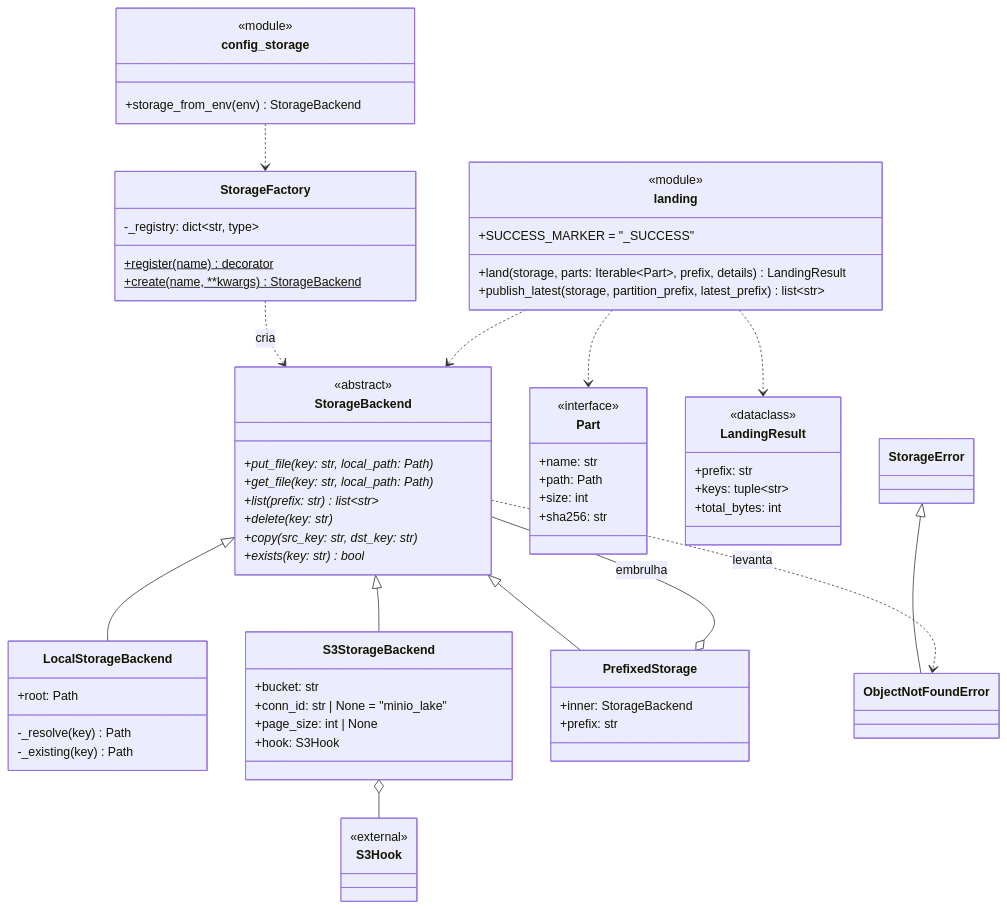
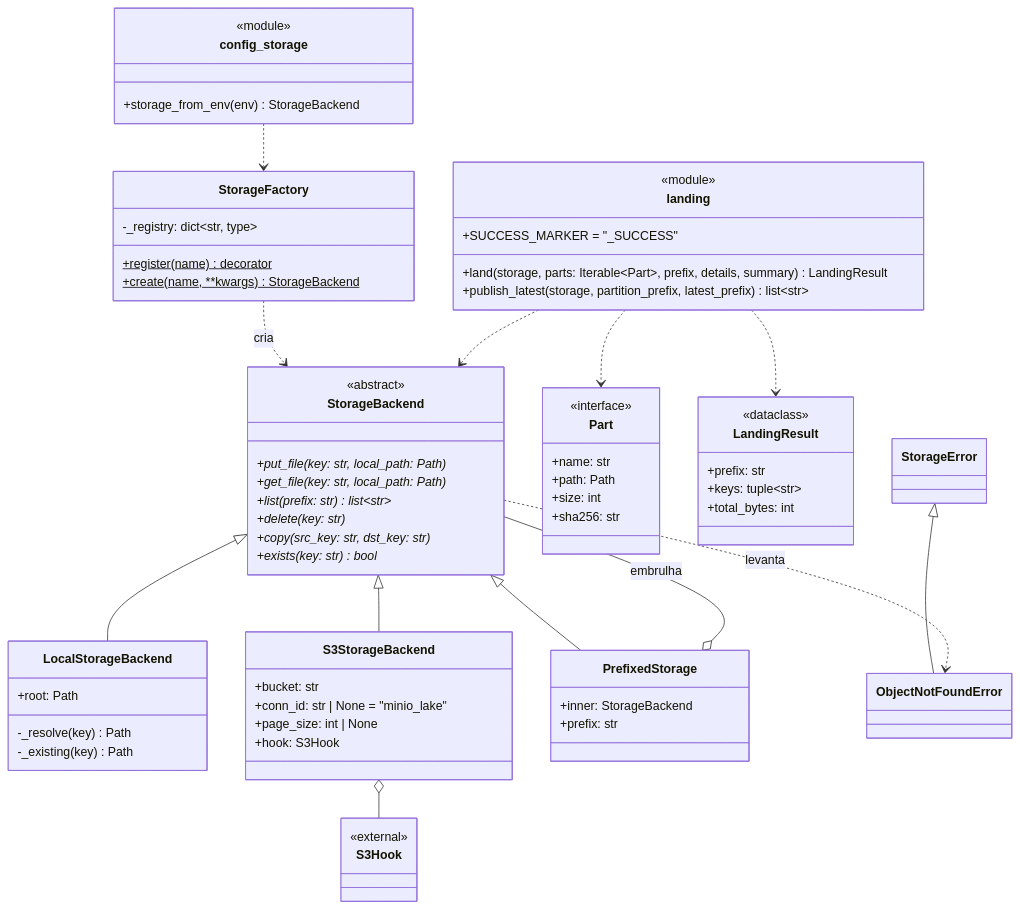
The third of 9 diagrams in docs/ingestao/diagrama-classes.md (GovHub-br/data-application-cidades), drawn with Mermaid before and after one commit. The commit also changed other lines of this file and 5 other files, not shown here.

First line of the commit message:
docs(ingestao): Fase 6b no diagrama, diagnóstico, comparação e aprendizados

````diff
--- a/docs/ingestao/diagrama-classes.md
+++ b/docs/ingestao/diagrama-classes.md
@@ -75,73 +75,73 @@
 ```mermaid
 classDiagram
     class StorageBackend {
         <<abstract>>
         +put_file(key: str, local_path: Path)*
         +get_file(key: str, local_path: Path)*
         +list(prefix: str) list~str~*
         +delete(key: str)*
         +copy(src_key: str, dst_key: str)*
         +exists(key: str) bool*
     }
     class LocalStorageBackend {
         +root: Path
         -_resolve(key) Path
         -_existing(key) Path
     }
     class S3StorageBackend {
         +bucket: str
         +conn_id: str | None = "minio_lake"
         +page_size: int | None
         +hook: S3Hook
     }
     class PrefixedStorage {
         +inner: StorageBackend
         +prefix: str
     }
     class StorageFactory {
         -_registry: dict~str, type~
         +register(name)$ decorator
         +create(name, **kwargs)$ StorageBackend
     }
     class config_storage {
         <<module>>
         +storage_from_env(env) StorageBackend
     }
     class landing {
         <<module>>
         +SUCCESS_MARKER = "_SUCCESS"
-        +land(storage, parts: Iterable~Part~, prefix, details) LandingResult
+        +land(storage, parts: Iterable~Part~, prefix, details, summary) LandingResult
         +publish_latest(storage, partition_prefix, latest_prefix) list~str~
     }
     class Part {
         <<interface>>
         +name: str
         +path: Path
         +size: int
         +sha256: str
     }
     class LandingResult {
         <<dataclass>>
         +prefix: str
         +keys: tuple~str~
         +total_bytes: int
     }
     class StorageError
     class ObjectNotFoundError
     class S3Hook {
         <<external>>
     }
 
     StorageBackend <|-- LocalStorageBackend
     StorageBackend <|-- S3StorageBackend
     S3StorageBackend o-- S3Hook
     StorageBackend <|-- PrefixedStorage
     PrefixedStorage o-- StorageBackend : embrulha
     StorageFactory ..> StorageBackend : cria
     config_storage ..> StorageFactory
     landing ..> StorageBackend
     landing ..> Part
     landing ..> LandingResult
     StorageError <|-- ObjectNotFoundError
     StorageBackend ..> ObjectNotFoundError : levanta
 ```
````
